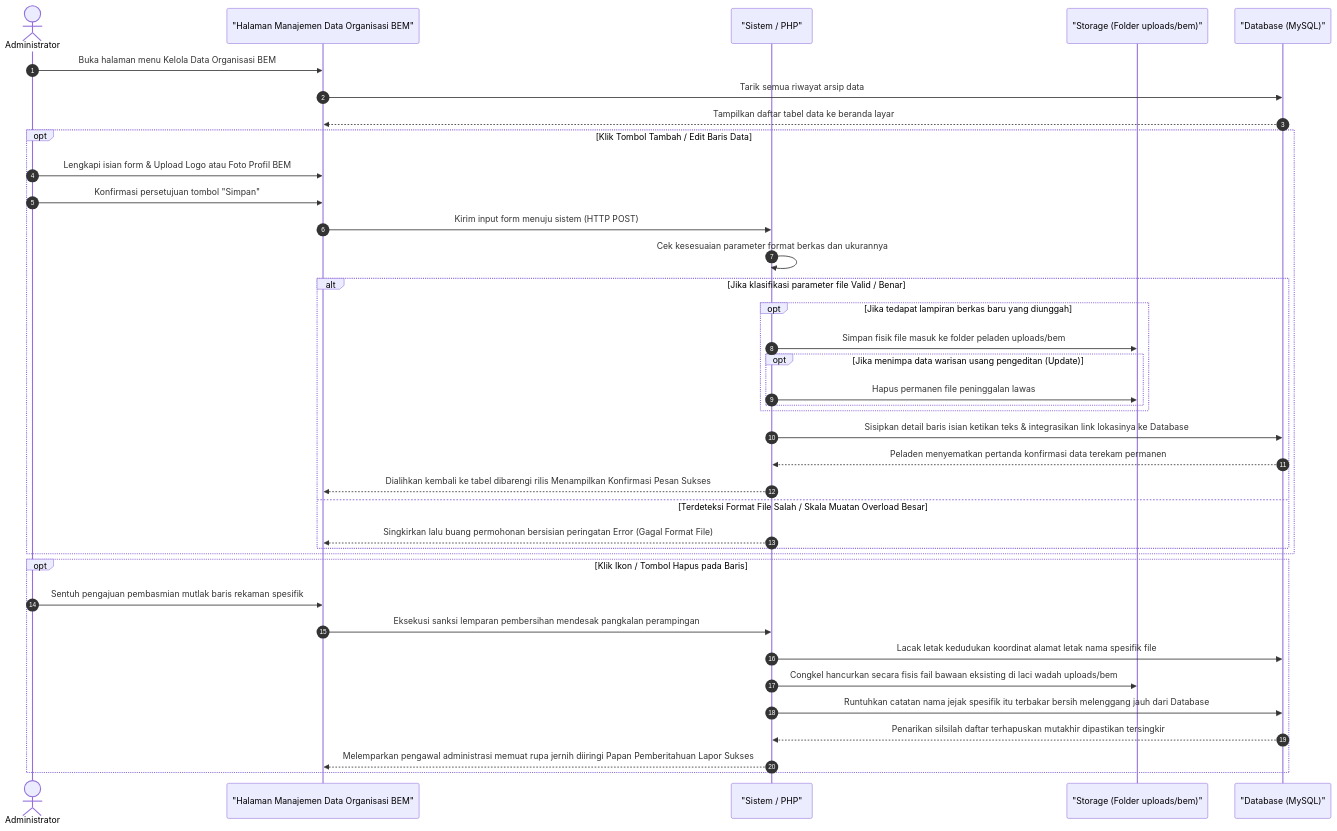
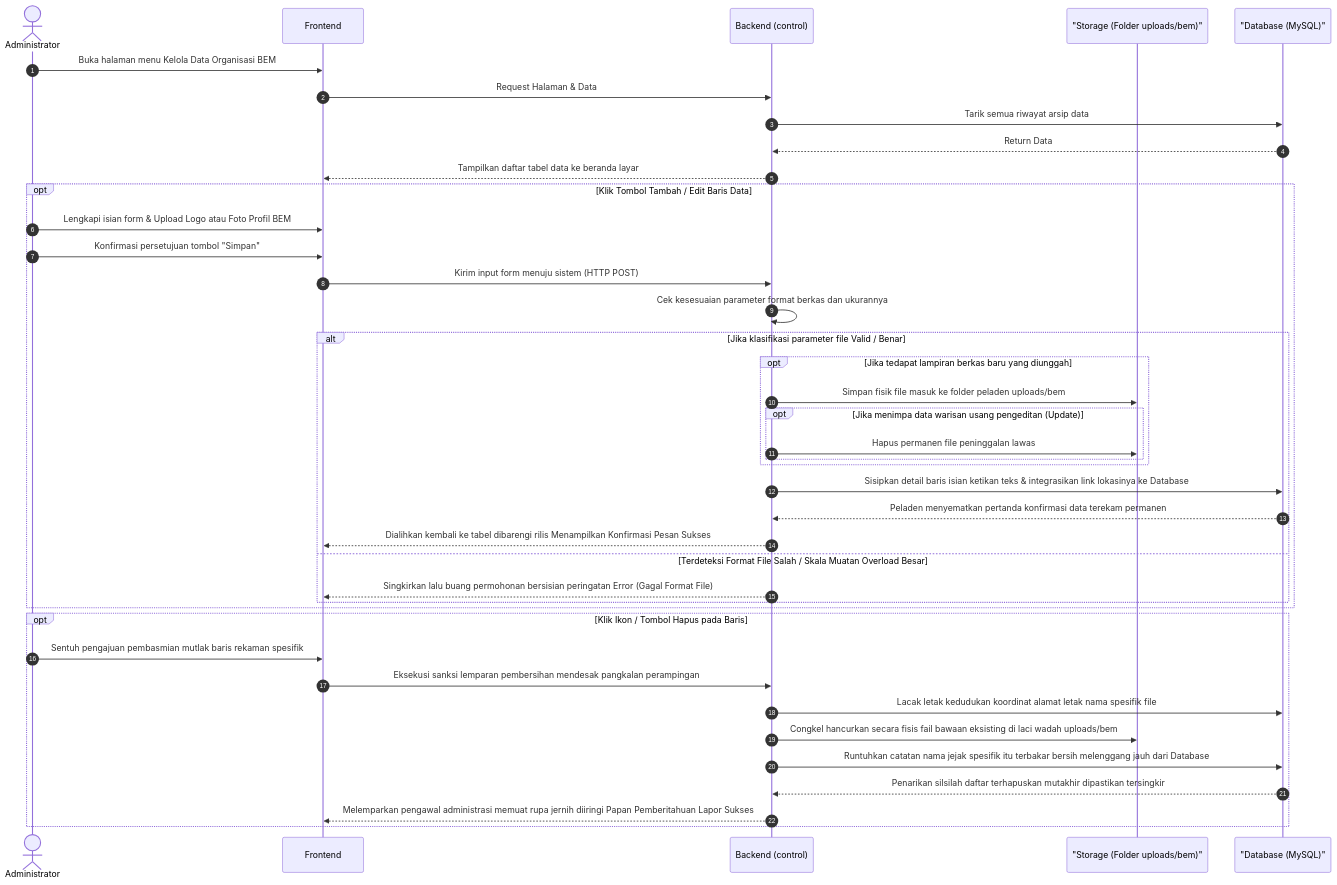
One commit to arbain-dev/Web_fikom changed diagram 15 of 17 in docs/kumpulan_sequence_backend.md. Above: the diagram before and after it, drawn with Mermaid. The commit also changed other lines of this file and 1 other file, not shown here.

Commit message:
docs: standardisasi arsitektur 3 tier (Frontend, Backend, DB) pada seluruh sequence diagram backend

````diff
--- a/docs/kumpulan_sequence_backend.md
+++ b/docs/kumpulan_sequence_backend.md
@@ -680,48 +706,50 @@
 ```mermaid
 sequenceDiagram
     autonumber
     actor Admin as Administrator
-    participant View as "Halaman Manajemen Data Organisasi BEM"
-    participant System as "Sistem / PHP"
+    participant Frontend
+    participant Backend as Backend (control)
     participant Server as "Storage (Folder uploads/bem)"
     participant DB as "Database (MySQL)"
 
-    Admin->>View: Buka halaman menu Kelola Data Organisasi BEM
-    View->>DB: Tarik semua riwayat arsip data
-    DB-->>View: Tampilkan daftar tabel data ke beranda layar
+    Admin->>Frontend: Buka halaman menu Kelola Data Organisasi BEM
+    Frontend->>Backend: Request Halaman & Data
+    Backend->>DB: Tarik semua riwayat arsip data
+    DB-->>Backend: Return Data
+    Backend-->>Frontend: Tampilkan daftar tabel data ke beranda layar
 
     %% Proses Tambah / Edit
     opt Klik Tombol Tambah / Edit Baris Data
-        Admin->>View: Lengkapi isian form & Upload Logo atau Foto Profil BEM
-        Admin->>View: Konfirmasi persetujuan tombol "Simpan"
-        View->>System: Kirim input form menuju sistem (HTTP POST)
+        Admin->>Frontend: Lengkapi isian form & Upload Logo atau Foto Profil BEM
+        Admin->>Frontend: Konfirmasi persetujuan tombol "Simpan"
+        Frontend->>Backend: Kirim input form menuju sistem (HTTP POST)
 
-        System->>System: Cek kesesuaian parameter format berkas dan ukurannya
+        Backend->>Backend: Cek kesesuaian parameter format berkas dan ukurannya
         
         alt Jika klasifikasi parameter file Valid / Benar
             opt Jika tedapat lampiran berkas baru yang diunggah
-                System->>Server: Simpan fisik file masuk ke folder peladen uploads/bem
+                Backend->>Server: Simpan fisik file masuk ke folder peladen uploads/bem
                 opt Jika menimpa data warisan usang pengeditan (Update)
-                    System->>Server: Hapus permanen file peninggalan lawas
+                    Backend->>Server: Hapus permanen file peninggalan lawas
                 end
             end
             
-            System->>DB: Sisipkan detail baris isian ketikan teks & integrasikan link lokasinya ke Database
-            DB-->>System: Peladen menyematkan pertanda konfirmasi data terekam permanen
-            System-->>View: Dialihkan kembali ke tabel dibarengi rilis Menampilkan Konfirmasi Pesan Sukses
+            Backend->>DB: Sisipkan detail baris isian ketikan teks & integrasikan link lokasinya ke Database
+            DB-->>Backend: Peladen menyematkan pertanda konfirmasi data terekam permanen
+            Backend-->>Frontend: Dialihkan kembali ke tabel dibarengi rilis Menampilkan Konfirmasi Pesan Sukses
         else Terdeteksi Format File Salah / Skala Muatan Overload Besar
-            System-->>View: Singkirkan lalu buang permohonan bersisian peringatan Error (Gagal Format File)
+            Backend-->>Frontend: Singkirkan lalu buang permohonan bersisian peringatan Error (Gagal Format File)
         end
     end
 
     %% Proses Hapus
     opt Klik Ikon / Tombol Hapus pada Baris
-        Admin->>View: Sentuh pengajuan pembasmian mutlak baris rekaman spesifik
-        View->>System: Eksekusi sanksi lemparan pembersihan mendesak pangkalan perampingan
-        System->>DB: Lacak letak kedudukan koordinat alamat letak nama spesifik file 
-        System->>Server: Congkel hancurkan secara fisis fail bawaan eksisting di laci wadah uploads/bem
-        System->>DB: Runtuhkan catatan nama jejak spesifik itu terbakar bersih melenggang jauh dari Database
-        DB-->>System: Penarikan silsilah daftar terhapuskan mutakhir dipastikan tersingkir
-        System-->>View: Melemparkan pengawal administrasi memuat rupa jernih diiringi Papan Pemberitahuan Lapor Sukses 
+        Admin->>Frontend: Sentuh pengajuan pembasmian mutlak baris rekaman spesifik
+        Frontend->>Backend: Eksekusi sanksi lemparan pembersihan mendesak pangkalan perampingan
+        Backend->>DB: Lacak letak kedudukan koordinat alamat letak nama spesifik file 
+        Backend->>Server: Congkel hancurkan secara fisis fail bawaan eksisting di laci wadah uploads/bem
+        Backend->>DB: Runtuhkan catatan nama jejak spesifik itu terbakar bersih melenggang jauh dari Database
+        DB-->>Backend: Penarikan silsilah daftar terhapuskan mutakhir dipastikan tersingkir
+        Backend-->>Frontend: Melemparkan pengawal administrasi memuat rupa jernih diiringi Papan Pemberitahuan Lapor Sukses 
     end
 ```
````
